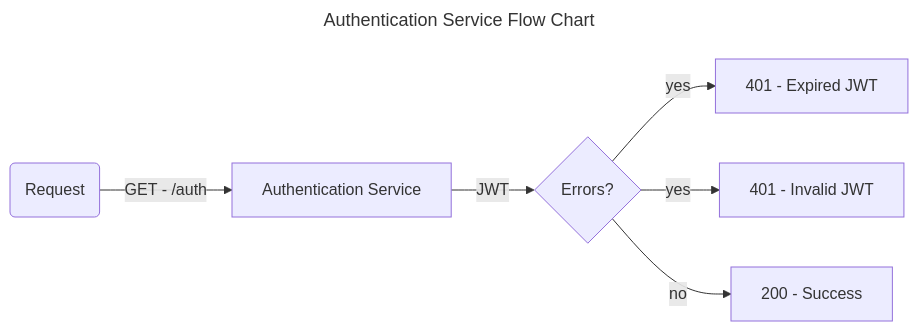
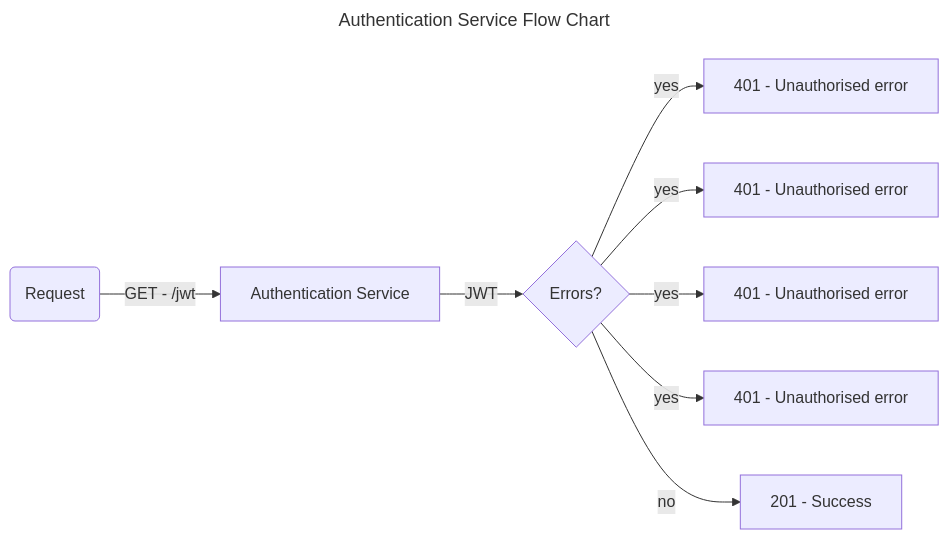
Before and after one commit to darrylmorton/ct-iot-authentication-service: the second of 2 diagrams in docs/DIAGRAMS.md, drawn with Mermaid. The commit also changed other lines of this file and 14 other files, not shown here.

````diff
--- a/docs/DIAGRAMS.md
+++ b/docs/DIAGRAMS.md
@@ -1,14 +16,14 @@
 ```mermaid
 ---
 title: Authentication Service Flow Chart
 ---
 
 flowchart LR
-    HttpRequest(Request) -->|GET - /auth| AuthenticationService[Authentication Service]
+    HttpRequest(Request) -->|GET - /jwt| AuthenticationService[Authentication Service]
     AuthenticationService -->|JWT| Errors{Errors?}
-    Errors -->|yes| ExpiredJwtResponse[401 - Expired JWT]
-    Errors -->|yes| InvalidJwtResponse[401 - Invalid JWT]
-%%    Errors -->|yes| UserDoesNotExistResponse[401 - User Does Not Exist]
-%%    Errors -->|yes| UserAccountDisabledResponse[401 - User Account Disabled]
-    Errors -->|no| SuccessResponse[200 - Success]
+    Errors -->|yes| KeyError[401 - Unauthorised error]
+    Errors -->|yes| ExpiredSignatureError[401 - Unauthorised error]
+    Errors -->|yes| JWTError[401 - Unauthorised error]
+    Errors -->|yes| ValidationError[401 - Unauthorised error]
+    Errors -->|no| SuccessResponse[201 - Success]
 ```
````
